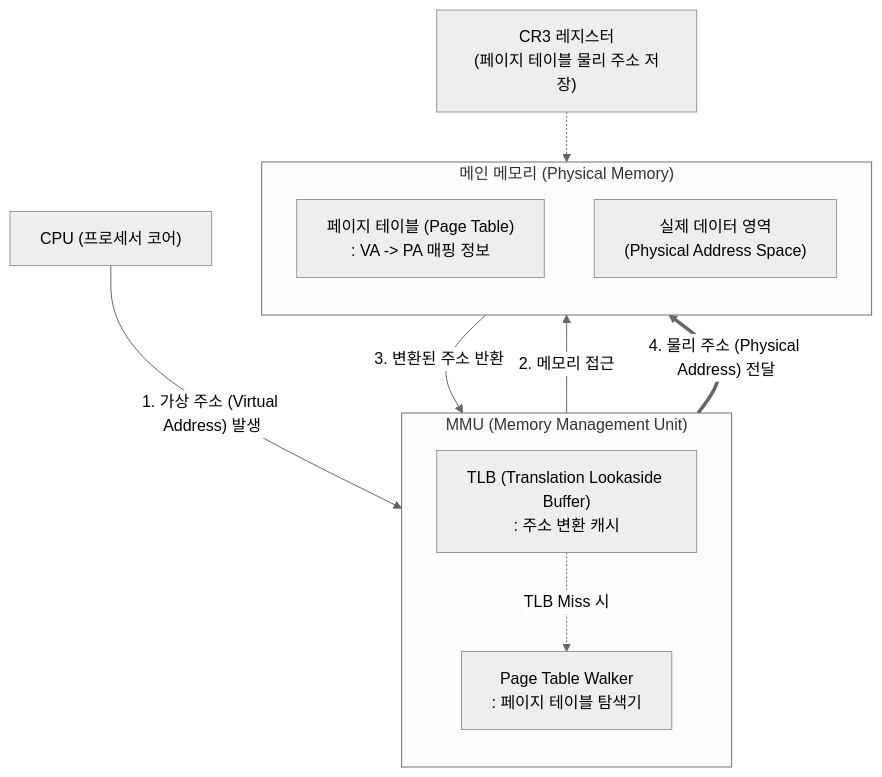
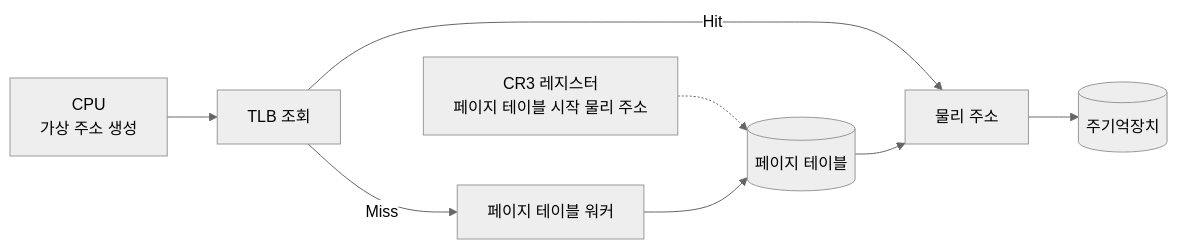
One commit to supremethumb/supremethumb.github.io changed the diagram in content/01_IT Tech/물리 주소.md. Above: the diagram before and after it, drawn with Mermaid (neutral theme). The commit also changed other lines of this file and 1087 other files, not shown here.

````diff
--- a/content/01_IT Tech/물리 주소.md
+++ b/content/01_IT Tech/물리 주소.md
@@ -29,28 +34,10 @@
 ```mermaid
-flowchart TB
-    CPU["CPU (프로세서 코어)"]
-    
-    subgraph MMU_Block["MMU (Memory Management Unit)"]
-        direction TB
-        TLB["TLB (Translation Lookaside Buffer)<br/>: 주소 변환 캐시"]
-        PTW["Page Table Walker<br/>: 페이지 테이블 탐색기"]
-        
-        TLB -. "TLB Miss 시" .-> PTW
-    end
-    
-    subgraph Main_Memory["메인 메모리 (Physical Memory)"]
-        direction TB
-        PT["페이지 테이블 (Page Table)<br/>: VA -> PA 매핑 정보"]
-        Data["실제 데이터 영역<br/>(Physical Address Space)"]
-    end
-    
-    CR3["CR3 레지스터<br/>(페이지 테이블 물리 주소 저장)"]
-    CR3 -.-> PT
-    
-    CPU -->|"1. 가상 주소 (Virtual Address) 발생"| MMU_Block
-    PTW -->|2. 메모리 접근| PT
-    PT -->|3. 변환된 주소 반환| PTW
-    MMU_Block == "4. 물리 주소 (Physical Address) 전달" ==> Data
-
-
+flowchart LR
+    CPU["CPU<br/>가상 주소 생성"] --> TLB["TLB 조회"]
+    TLB -->|"Hit"| PA["물리 주소"]
+    TLB -->|"Miss"| PTW["페이지 테이블 워커"]
+    CR3["CR3 레지스터<br/>페이지 테이블 시작 물리 주소"] -.-> PT
+    PTW --> PT[("페이지 테이블")]
+    PT --> PA
+    PA --> MEM[("주기억장치")]
 ```
````
